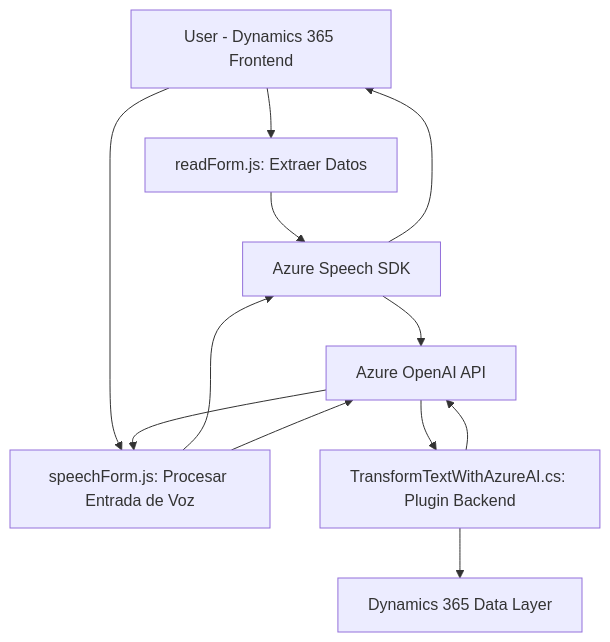
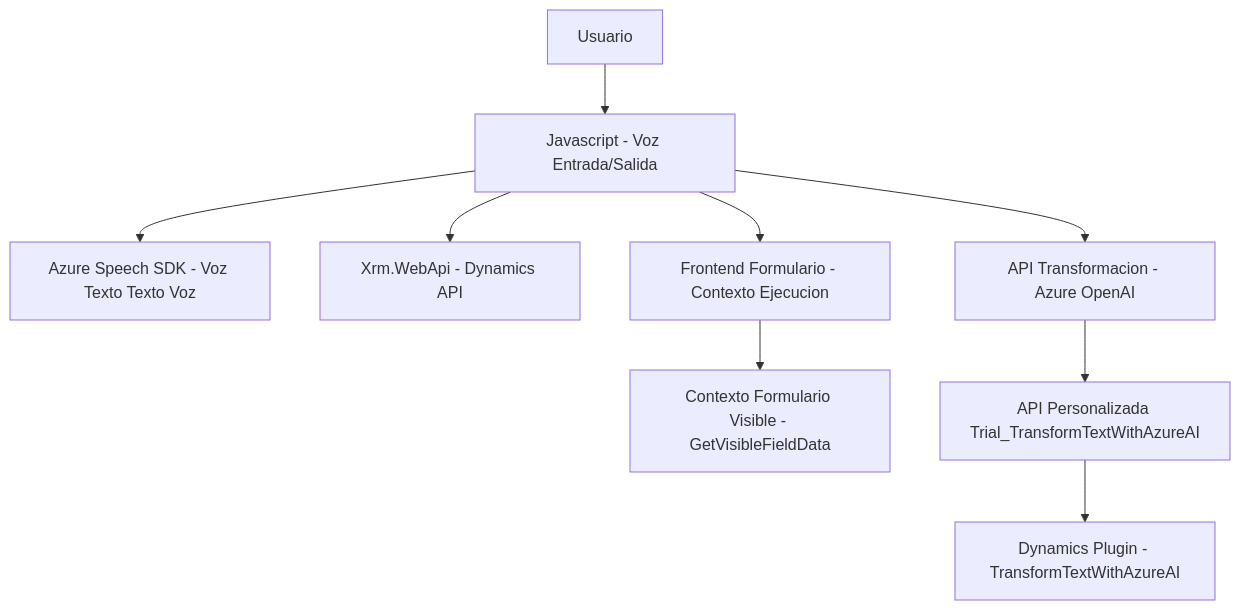
The diagram in README.md (blopezdm/NETCORE_BILBAO2025), drawn with Mermaid before and after one commit. The commit also changed other lines of this file, not shown here.

````diff
--- a/README.md
+++ b/README.md
@@ -44,22 +39,11 @@
 ```mermaid
 graph TD
-    A["User - Dynamics 365 Frontend"]
-    B["readForm.js: Extraer Datos"]
-    C["speechForm.js: Procesar Entrada de Voz"]
-    D["Azure Speech SDK"]
-    E["TransformTextWithAzureAI.cs: Plugin Backend"]
-    F["Azure OpenAI API"]
-    G["Dynamics 365 Data Layer"]
-
-    A --> B
-    A --> C
-    B --> D
-    C --> D
-    D --> F
-    C --> F
-    E --> F
-    E --> G
-    D --> A
-    F --> E
-    F --> C
+    A["Usuario"] --> B["Javascript - Voz Entrada/Salida"]
+    B --> C["Azure Speech SDK - Voz Texto Texto Voz"]
+    B --> D["Xrm.WebApi - Dynamics API"]
+    B --> E["Frontend Formulario - Contexto Ejecucion"]
+    E --> F["Contexto Formulario Visible - GetVisibleFieldData"]
+    B --> G["API Transformacion - Azure OpenAI"]
+    G --> H["API Personalizada Trial_TransformTextWithAzureAI"]
+    H --> I["Dynamics Plugin - TransformTextWithAzureAI"]
 ```
````
